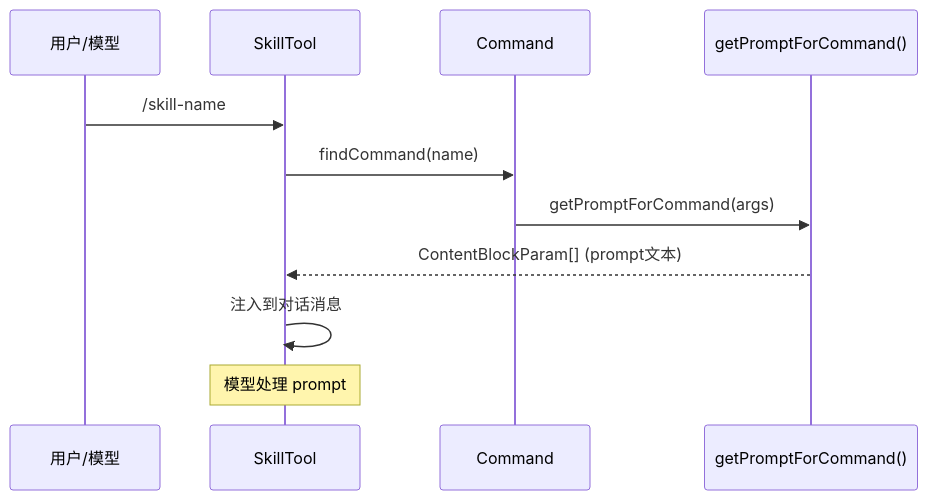
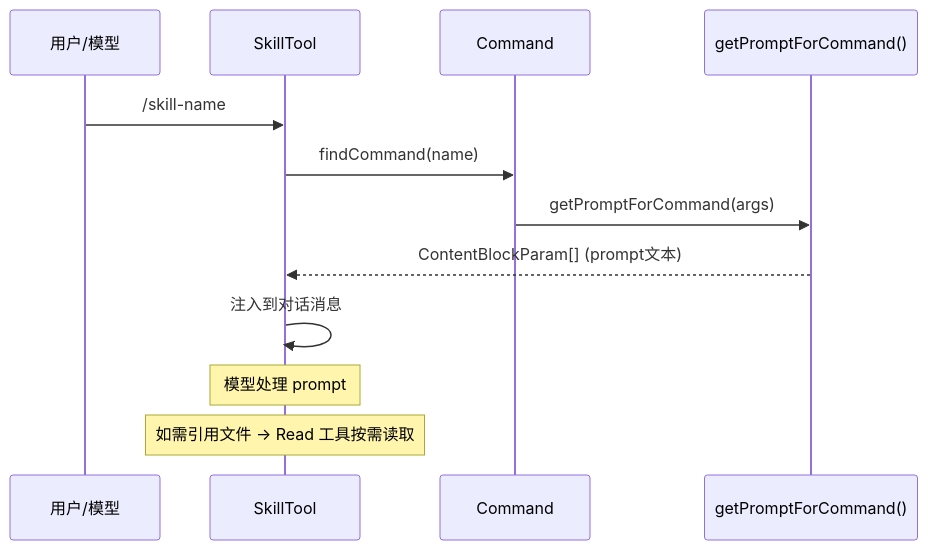
Before and after one commit to platootalp/harness-code: the first of 3 diagrams in harness/docs/deep/SKILLS-TOOL-MCP-COMPARISON.md, drawn with Mermaid. The commit also changed other lines of this file, not shown here.

````diff
--- a/harness/docs/deep/SKILLS-TOOL-MCP-COMPARISON.md
+++ b/harness/docs/deep/SKILLS-TOOL-MCP-COMPARISON.md
@@ -150,14 +224,15 @@
 ```mermaid
 sequenceDiagram
     participant User as 用户/模型
     participant ST as SkillTool
     participant Cmd as Command
     participant PROMPT as getPromptForCommand()
 
     User->>ST: /skill-name
     ST->>Cmd: findCommand(name)
     Cmd->>PROMPT: getPromptForCommand(args)
     PROMPT-->>ST: ContentBlockParam[] (prompt文本)
     ST->>ST: 注入到对话消息
     Note over ST: 模型处理 prompt
+    Note over ST: 如需引用文件 → Read 工具按需读取
 ```
````
